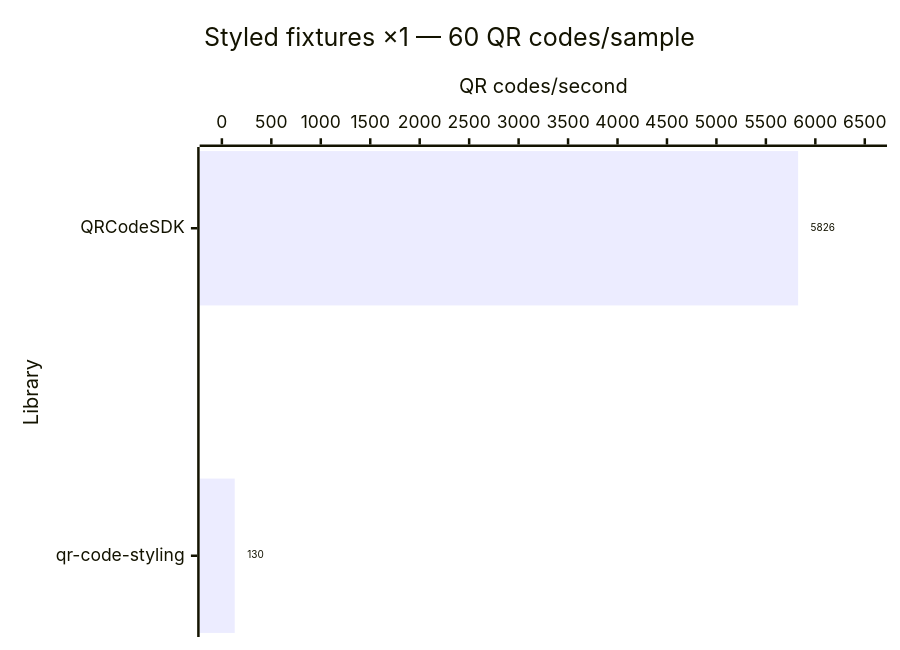
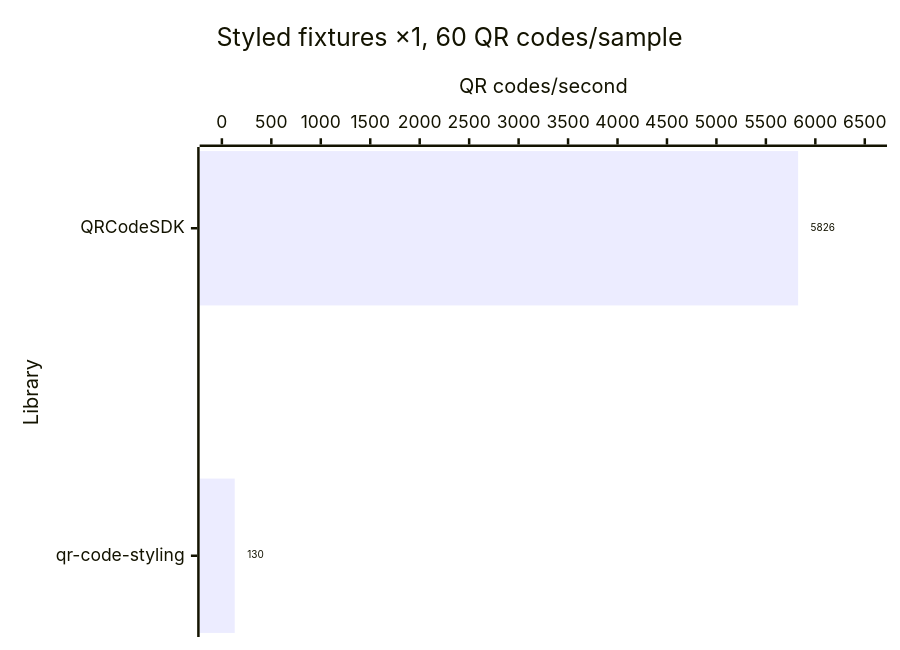
One commit to Dafnik/qrcodesdk changed diagram 12 of 14 in apps/docs/src/content/docs/learn/performance.md. Above: the diagram before and after it, drawn with Mermaid. The commit also changed other lines of this file and 86 other files, not shown here.

````diff
--- a/apps/docs/src/content/docs/learn/performance.md
+++ b/apps/docs/src/content/docs/learn/performance.md
@@ -268,15 +268,15 @@
 ```mermaid
 ---
 config:
   xyChart:
     showDataLabel: true
     showDataLabelOutsideBar: true
 ---
 xychart horizontal
-  accTitle: Styled SVG generation: Styled fixtures ×1 — 60 QR codes/sample
+  accTitle: Styled SVG generation, Styled fixtures ×1, 60 QR codes/sample
   accDescr: Throughput calculated from median time. QRCodeSDK 5,826 QR codes per second, qr-code-styling 130 QR codes per second. Higher is better.
-  title "Styled fixtures ×1 — 60 QR codes/sample"
+  title "Styled fixtures ×1, 60 QR codes/sample"
   x-axis "Library" ["QRCodeSDK", "qr-code-styling"]
   y-axis "QR codes/second" 0 --> 6500
   bar [5826, 130]
 ```
````
